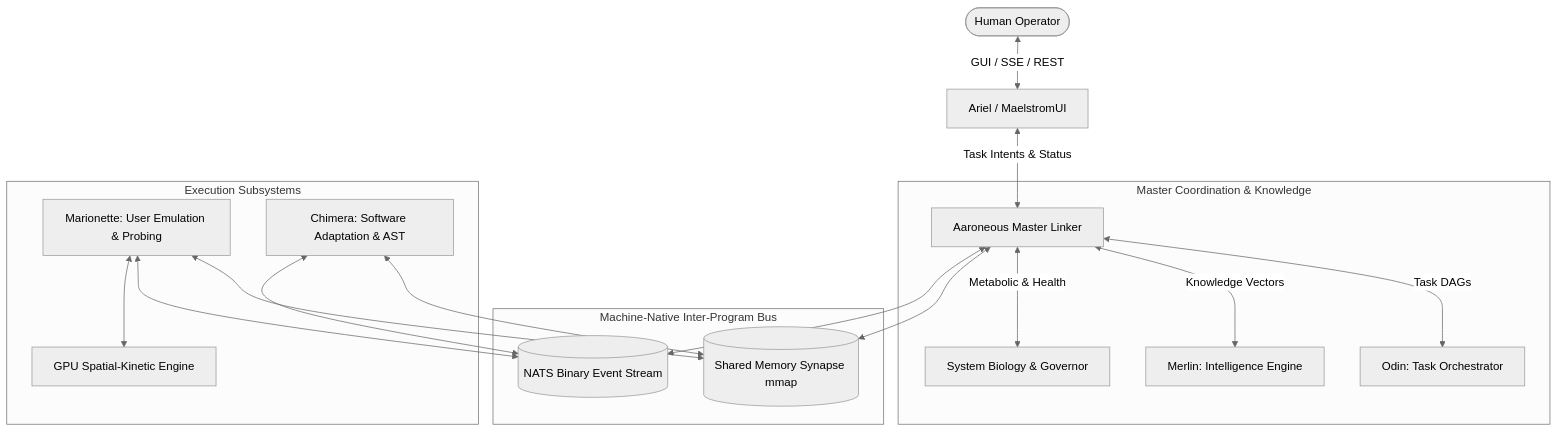
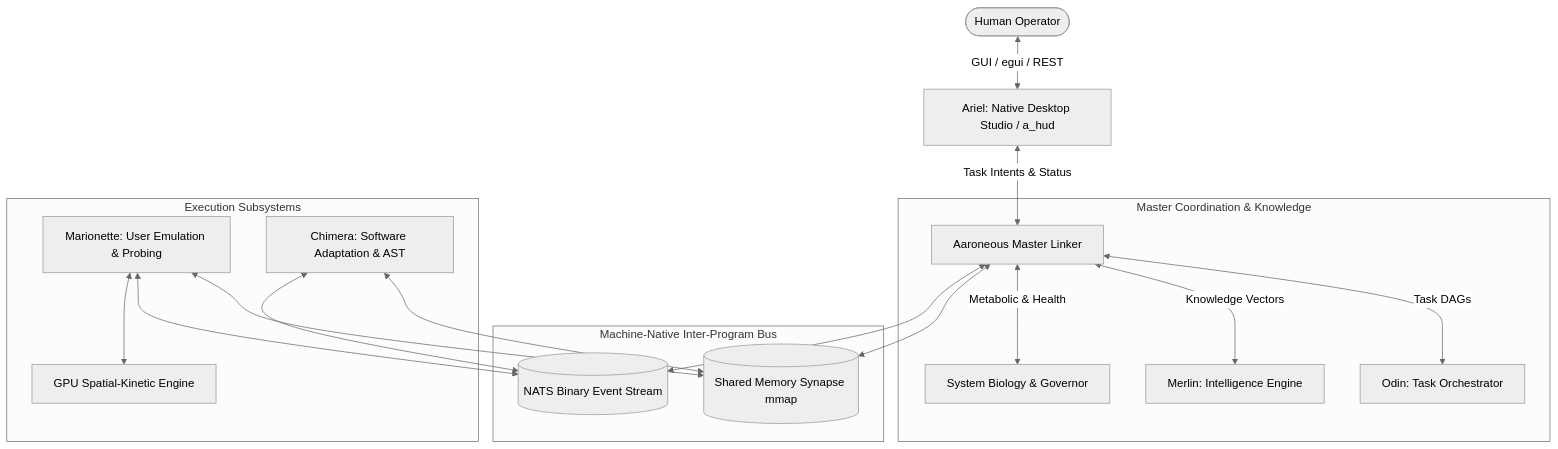
One commit to Aarogaming/aaroneous changed the diagram in dev/docs/02_SYSTEM_ARCHITECTURE_BLUEPRINT.md. Above: the diagram before and after it, drawn with Mermaid (neutral theme). The commit also changed other lines of this file and 2 other files, not shown here.

Commit message:
docs: deprecate legacy MaelstromUI in favor of native Desktop Studio (a_hud)

````diff
--- a/dev/docs/02_SYSTEM_ARCHITECTURE_BLUEPRINT.md
+++ b/dev/docs/02_SYSTEM_ARCHITECTURE_BLUEPRINT.md
@@ -7,32 +7,32 @@
 ```mermaid
 graph TD
-    User([Human Operator]) <-->|GUI / SSE / REST| Ariel[Ariel / MaelstromUI]
+    User([Human Operator]) <-->|GUI / egui / REST| Ariel[Ariel: Native Desktop Studio / a_hud]
     Ariel <-->|Task Intents & Status| AaroneousMaster[Aaroneous Master Linker]
     
     subgraph Master Coordination & Knowledge
         AaroneousMaster <-->|Task DAGs| Odin[Odin: Task Orchestrator]
         AaroneousMaster <-->|Knowledge Vectors| Merlin[Merlin: Intelligence Engine]
         AaroneousMaster <-->|Metabolic & Health| Biology[System Biology & Governor]
     end
     
     subgraph Machine-Native Inter-Program Bus
         SynapseMem[(Shared Memory Synapse mmap)]
         NatsBus[(NATS Binary Event Stream)]
     end
     
     AaroneousMaster <--> SynapseMem
     AaroneousMaster <--> NatsBus
     
     subgraph Execution Subsystems
         Marionette[Marionette: User Emulation & Probing]
         Chimera[Chimera: Software Adaptation & AST]
         ReflexGPU[GPU Spatial-Kinetic Engine]
     end
     
     Marionette <--> SynapseMem
     Marionette <--> NatsBus
     Marionette <--> ReflexGPU
     
     Chimera <--> SynapseMem
     Chimera <--> NatsBus
 ```
````
